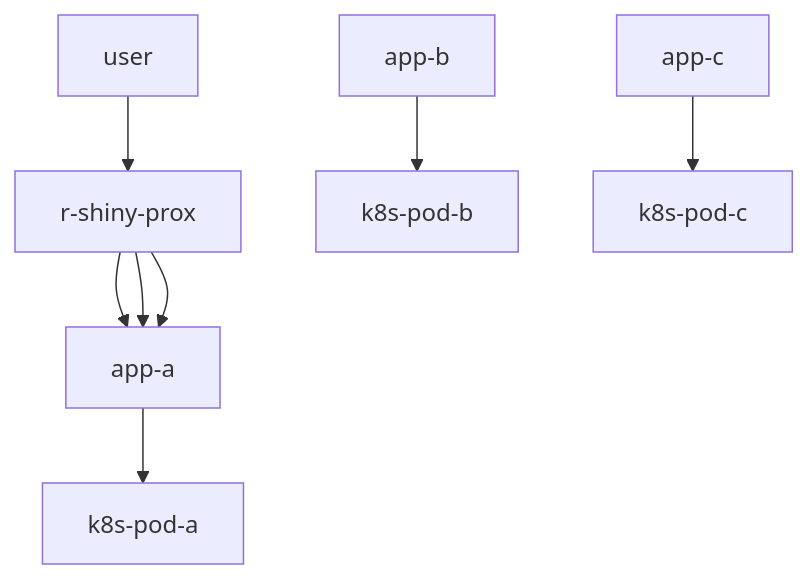
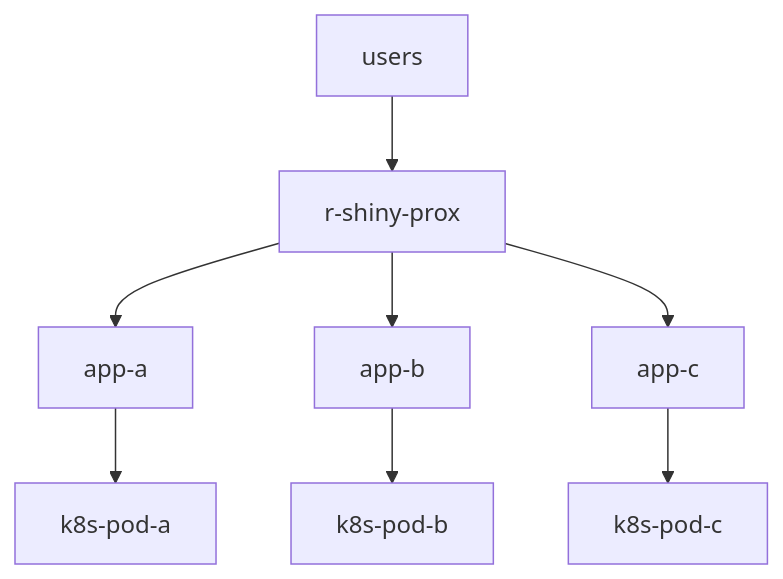
The diagram in README.md (lola-pola/r-shiny-proxy), drawn with Mermaid before and after one commit.

````diff
--- a/README.md
+++ b/README.md
@@ -3,10 +3,10 @@
 ```mermaid
 graph TD;
-    user-->r-shiny-prox;
+    users-->r-shiny-prox;
     r-shiny-prox-->app-a;
-    r-shiny-prox-->app-a;
-    r-shiny-prox-->app-a;
+    r-shiny-prox-->app-b;
+    r-shiny-prox-->app-c;
     app-a-->k8s-pod-a;
     app-b-->k8s-pod-b;
     app-c-->k8s-pod-c;
 ```
````
